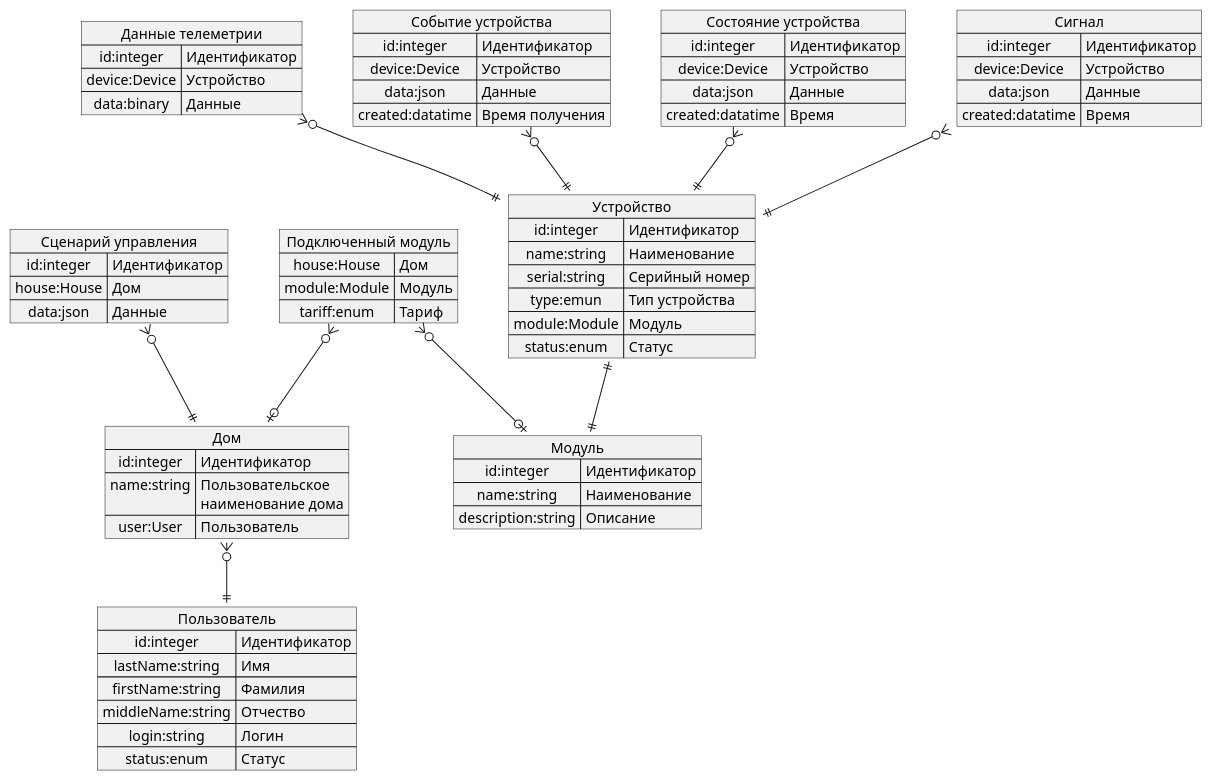
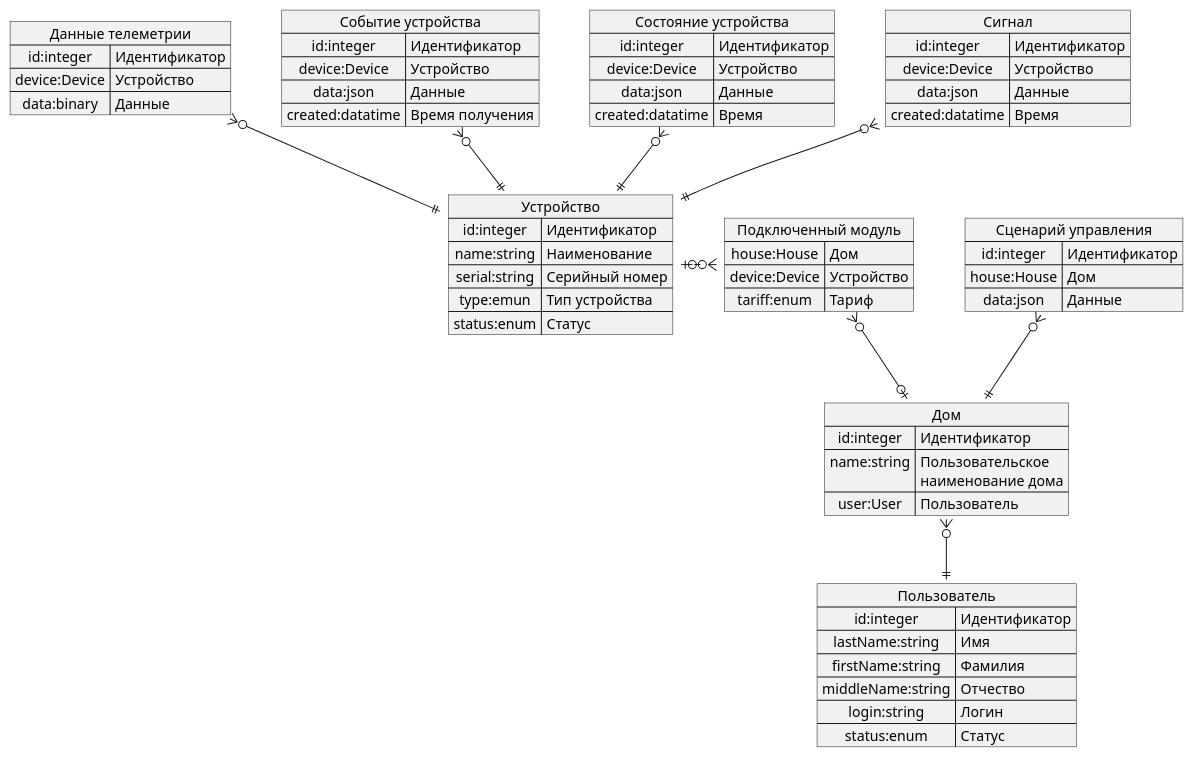
One commit to asbelon/architecture-sprint-3 changed the diagram in arch/er.puml. Above: the diagram before and after it, drawn with PlantUML. The commit also changed 6 other files, not shown here.

```diff
--- a/arch/er.puml
+++ b/arch/er.puml
@@ -1,81 +1,73 @@
 @startuml
 
     map "Пользователь" as User {
         id:integer => Идентификатор
         lastName:string => Имя
         firstName:string => Фамилия
         middleName:string => Отчество
         login:string => Логин
         status:enum => Статус
     }
 
     map "Дом" as House {
         id:integer => Идентификатор
         name:string => Пользовательское \nнаименование дома
         user:User => Пользователь
     }
     House }o--|| User
 
     map "Сценарий управления" as Script {
         id:integer => Идентификатор
         house:House => Дом
         data:json => Данные
     }
     Script }o--|| House
 
-    map "Модуль" as Module {
-        id:integer => Идентификатор
-        name:string => Наименование
-        description:string => Описание
-    }
-
-    map "Подключенный модуль" as ConnectedModule {
-        house:House => Дом
-        module:Module => Модуль
-        tariff:enum => Тариф
-    }
-    ConnectedModule }o--o| House
-    ConnectedModule }o--o| Module
-
     map "Устройство" as Device {
         id:integer => Идентификатор
         name:string => Наименование
         serial:string => Серийный номер
         type:emun => Тип устройства
-        module:Module => Модуль
         status:enum => Статус
     }
-    Device ||--|| Module
+
+    map "Подключенный модуль" as ConnectedModule {
+        house:House => Дом
+        device:Device => Устройство
+        tariff:enum => Тариф
+    }
+    ConnectedModule }o--o| House
+    ConnectedModule }o-left-o| Device
 
     map "Данные телеметрии" as TelemetryData {
         id:integer => Идентификатор
         device:Device => Устройство
         data:binary => Данные
     }
     TelemetryData }o--|| Device
 
     map "Событие устройства" as DeviceEvent {
         id:integer => Идентификатор
         device:Device => Устройство
         data:json => Данные
         created:datatime => Время получения
     }
     DeviceEvent }o--|| Device
 
     map "Состояние устройства" as DeviceState {
         id:integer => Идентификатор
         device:Device => Устройство
         data:json => Данные
         created:datatime => Время
     }
     DeviceState }o--|| Device
 
     map "Сигнал" as Signal {
         id:integer => Идентификатор
         device:Device => Устройство
         data:json => Данные
         created:datatime => Время
     }
     Signal }o--|| Device
 
 @enduml
```
